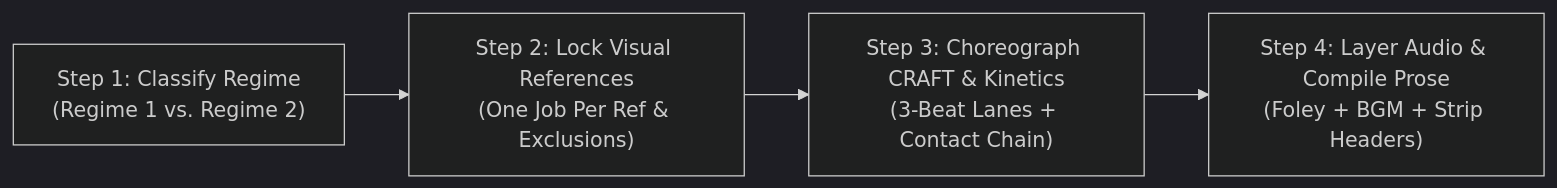
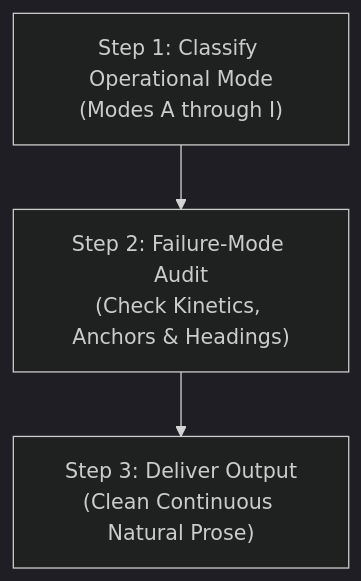
The diagram in skills/gemini-omni-prompting/SKILL.md (spiralspectra/omniskill), drawn with Mermaid (dark theme) before and after one commit. The commit also changed other lines of this file and 28 other files, not shown here.

````diff
--- a/skills/gemini-omni-prompting/SKILL.md
+++ b/skills/gemini-omni-prompting/SKILL.md
@@ -146,6 +256,5 @@
 ```mermaid
-flowchart LR
-    Step1["Step 1: Classify Regime<br/>(Regime 1 vs. Regime 2)"] --> Step2["Step 2: Lock Visual References<br/>(One Job Per Ref & Exclusions)"]
-    Step2 --> Step3["Step 3: Choreograph CRAFT & Kinetics<br/>(3-Beat Lanes + Contact Chain)"]
-    Step3 --> Step4["Step 4: Layer Audio & Compile Prose<br/>(Foley + BGM + Strip Headers)"]
+flowchart TD
+    Step1["Step 1: Classify Operational Mode<br/>(Modes A through I)"] --> Step2["Step 2: Failure-Mode Audit<br/>(Check Kinetics, Anchors & Headings)"]
+    Step2 --> Step3["Step 3: Deliver Output<br/>(Clean Continuous Natural Prose)"]
 ```
````
